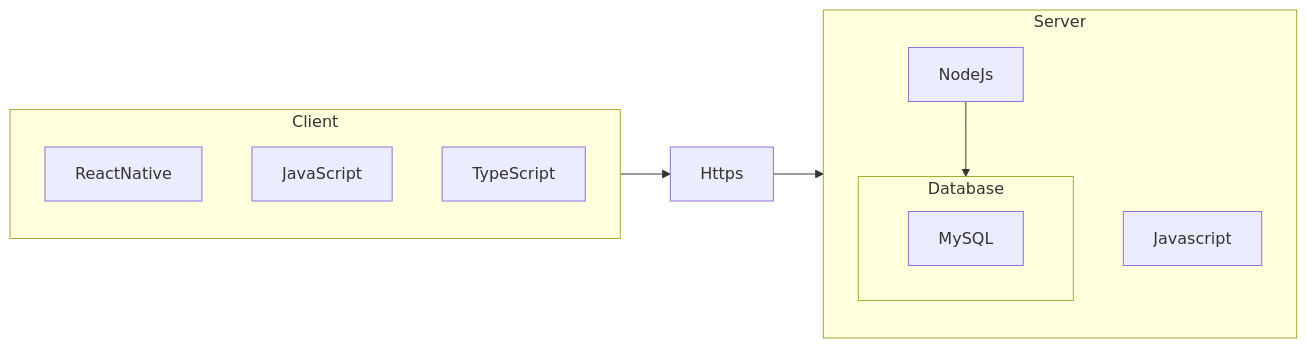
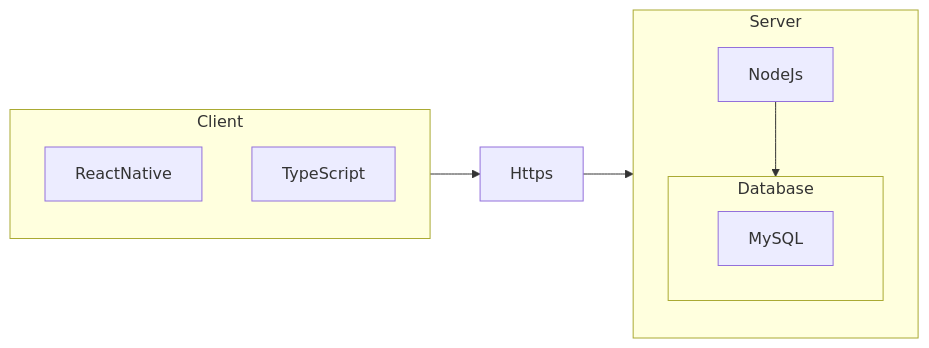
One commit to fahrizap/Kodein changed the second of 2 diagrams in job interview.MD. Above: the diagram before and after it, drawn with Mermaid.

Commit message:
Update job interview.MD

````diff
--- a/job interview.MD
+++ b/job interview.MD
@@ -118,19 +118,17 @@
 ```mermaid
 flowchart LR
   subgraph Client
   ReactNative
-  JavaScript
   TypeScript
   end
   subgraph Server
   NodeJs
-  Javascript
     subgraph Database
     MySQL
     end
   end
   Client --> Https --> Server
   NodeJs --> Database
 
   
 ```
````
